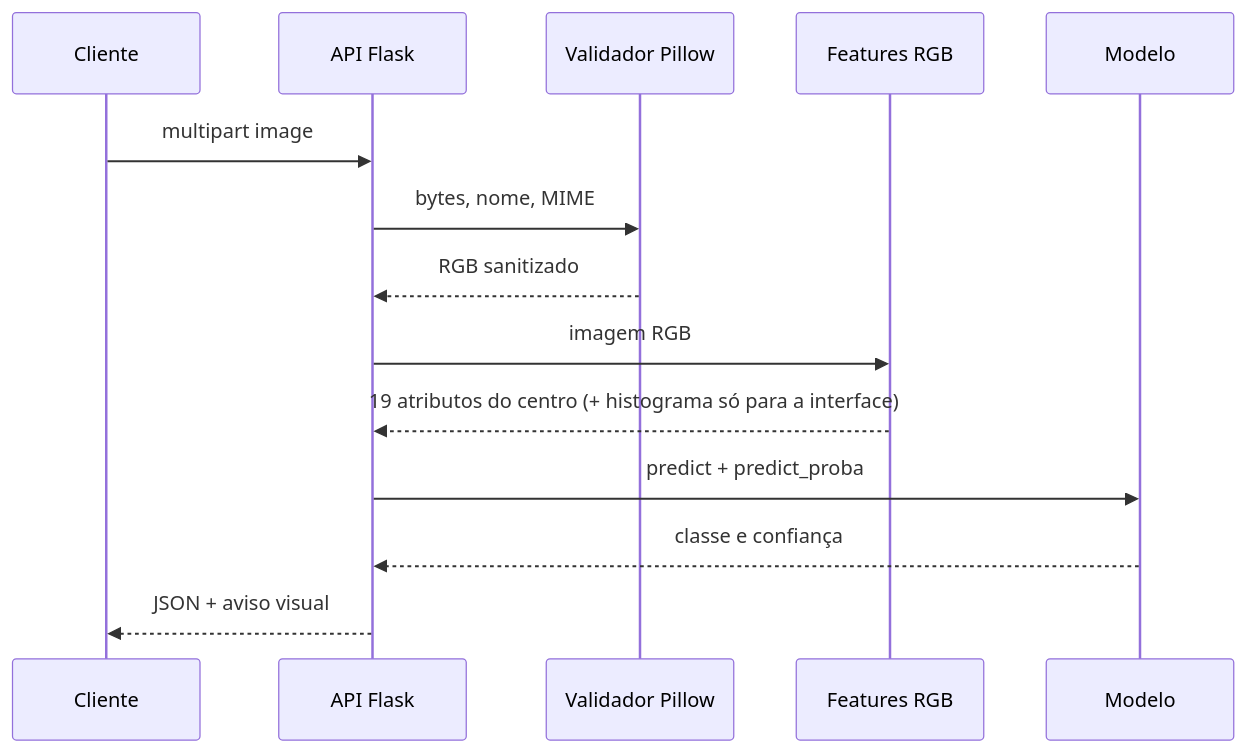
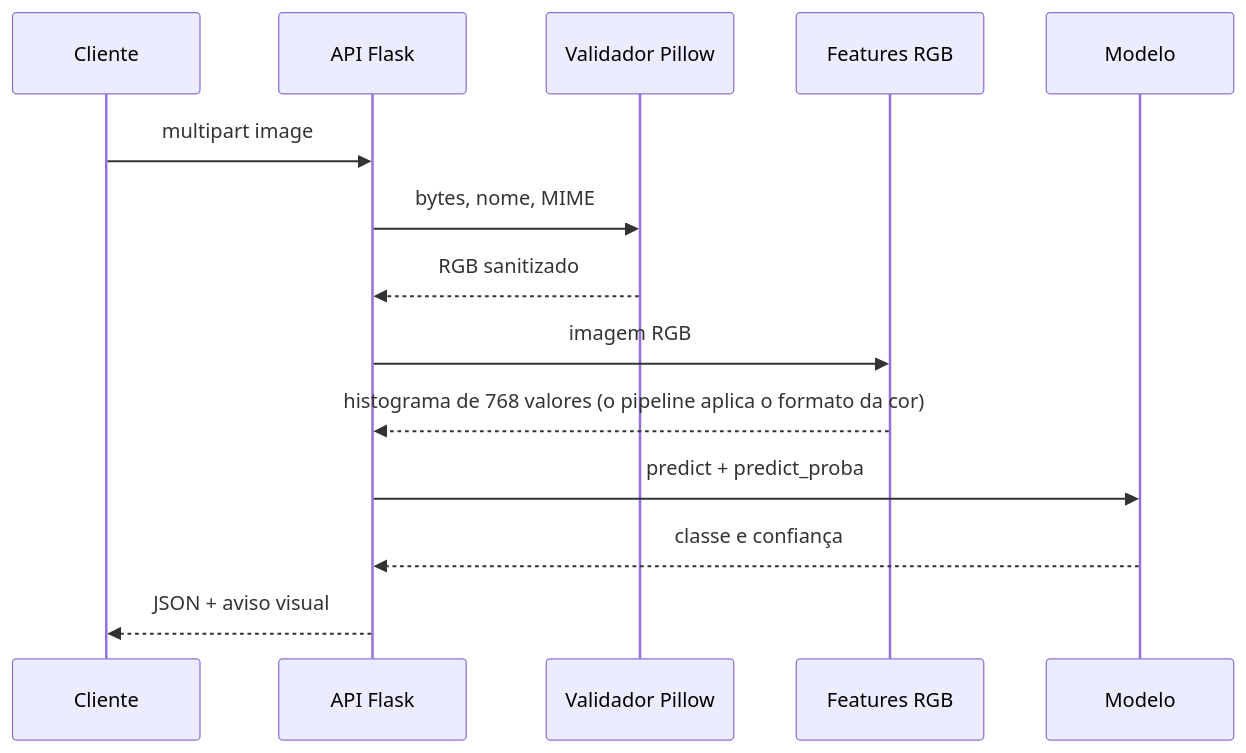
One commit to PedroArlyx/water-clarity-classifier changed the fourth of 6 diagrams in docs/ARQUITETURA.md. Above: the diagram before and after it, drawn with Mermaid. The commit also changed other lines of this file and 41 other files, not shown here.

````diff
--- a/docs/ARQUITETURA.md
+++ b/docs/ARQUITETURA.md
@@ -47,16 +47,16 @@
 ```mermaid
 sequenceDiagram
     participant C as Cliente
     participant A as API Flask
     participant V as Validador Pillow
     participant F as Features RGB
     participant M as Modelo
     C->>A: multipart image
     A->>V: bytes, nome, MIME
     V-->>A: RGB sanitizado
     A->>F: imagem RGB
-    F-->>A: 19 atributos do centro (+ histograma só para a interface)
+    F-->>A: histograma de 768 valores (o pipeline aplica o formato da cor)
     A->>M: predict + predict_proba
     M-->>A: classe e confiança
     A-->>C: JSON + aviso visual
 ```
````
